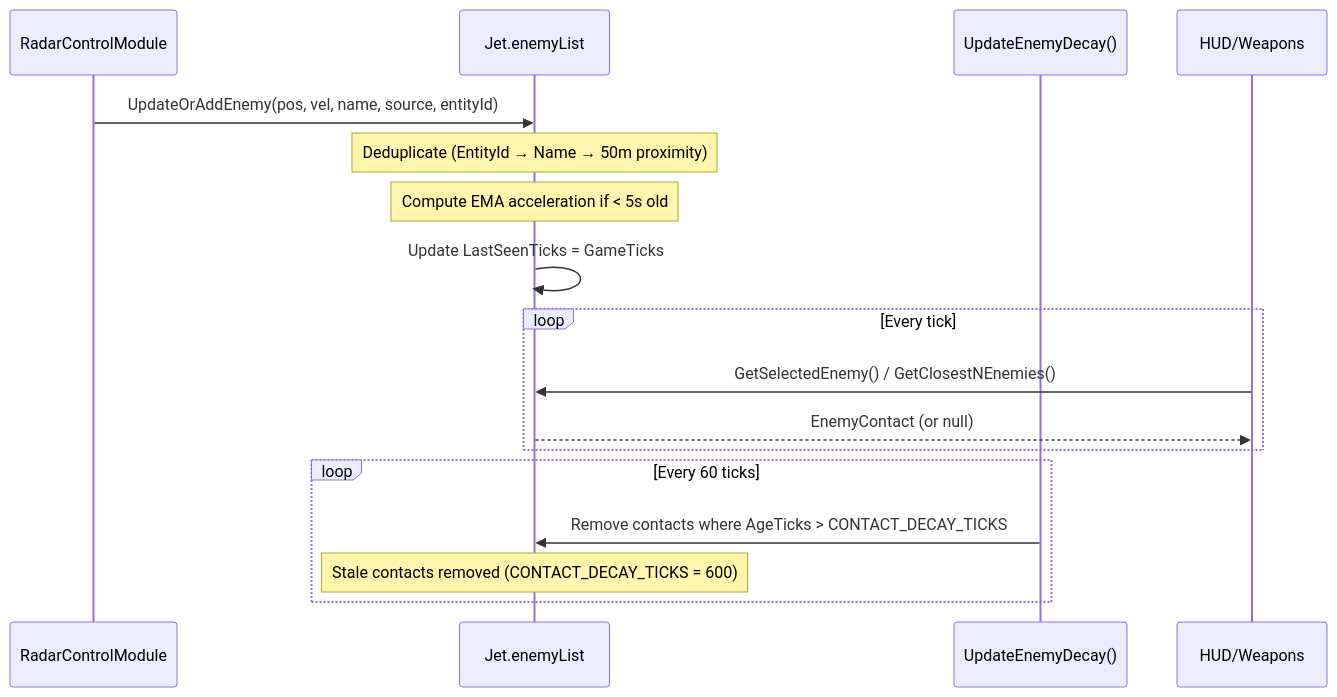
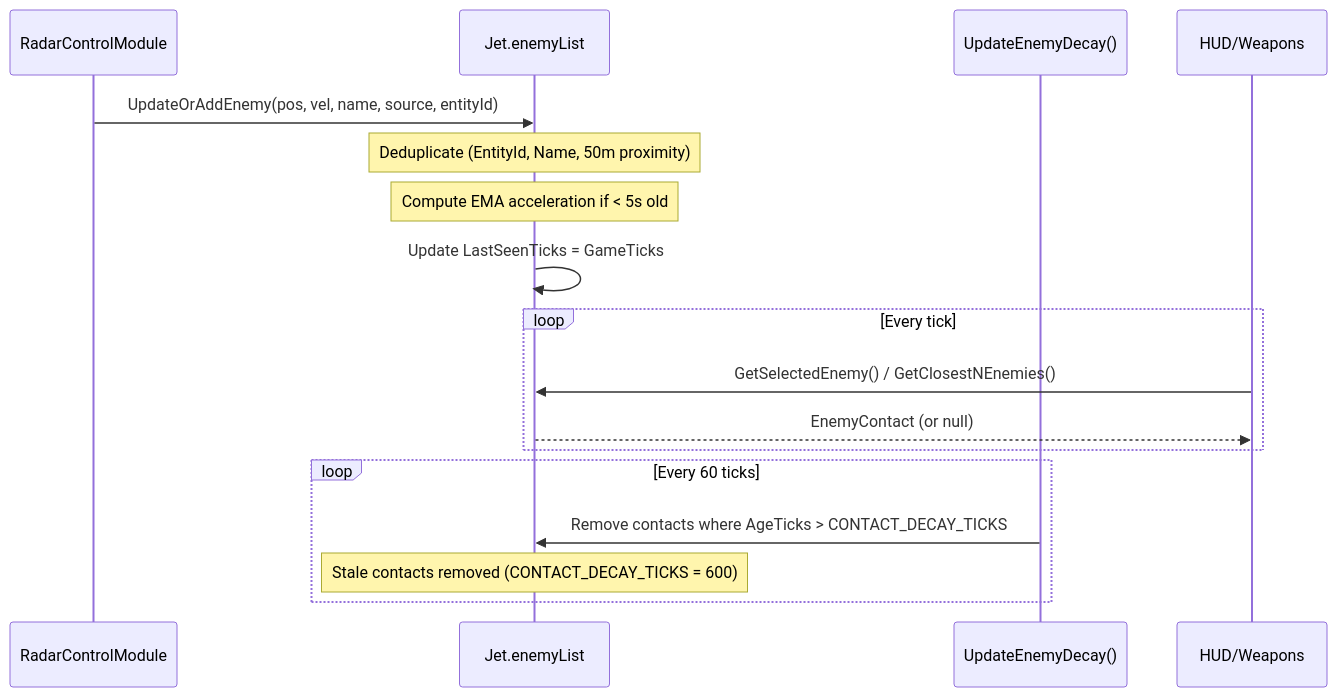
One commit to Terilia/JetOS changed the third of 7 diagrams in docs/target-tracking.md. Above: the diagram before and after it, drawn with Mermaid. The commit also changed other lines of this file and 4 other files, not shown here.

````diff
--- a/docs/target-tracking.md
+++ b/docs/target-tracking.md
@@ -84,22 +84,22 @@
 ```mermaid
 sequenceDiagram
     participant Sensor as RadarControlModule
     participant Jet as Jet.enemyList
     participant Decay as UpdateEnemyDecay()
     participant Consumer as HUD/Weapons
 
     Sensor->>Jet: UpdateOrAddEnemy(pos, vel, name, source, entityId)
-    Note over Jet: Deduplicate (EntityId → Name → 50m proximity)
+    Note over Jet: Deduplicate (EntityId, Name, 50m proximity)
     Note over Jet: Compute EMA acceleration if < 5s old
     Jet->>Jet: Update LastSeenTicks = GameTicks
 
     loop Every tick
         Consumer->>Jet: GetSelectedEnemy() / GetClosestNEnemies()
         Jet-->>Consumer: EnemyContact (or null)
     end
 
     loop Every 60 ticks
         Decay->>Jet: Remove contacts where AgeTicks > CONTACT_DECAY_TICKS
         Note over Jet: Stale contacts removed (CONTACT_DECAY_TICKS = 600)
     end
 ```
````
